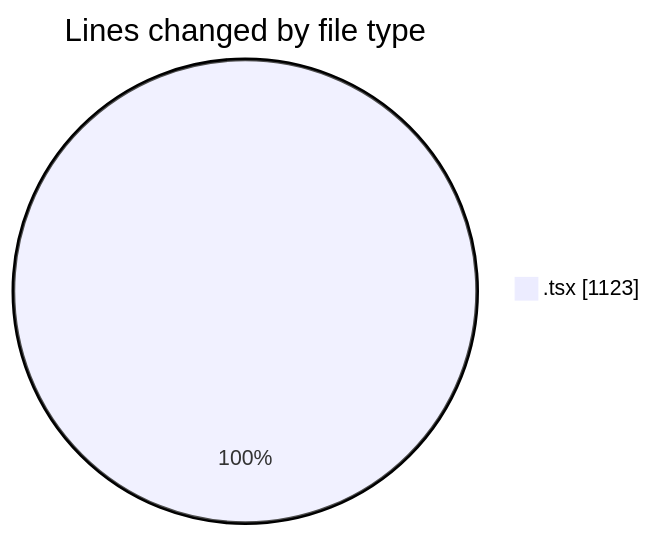
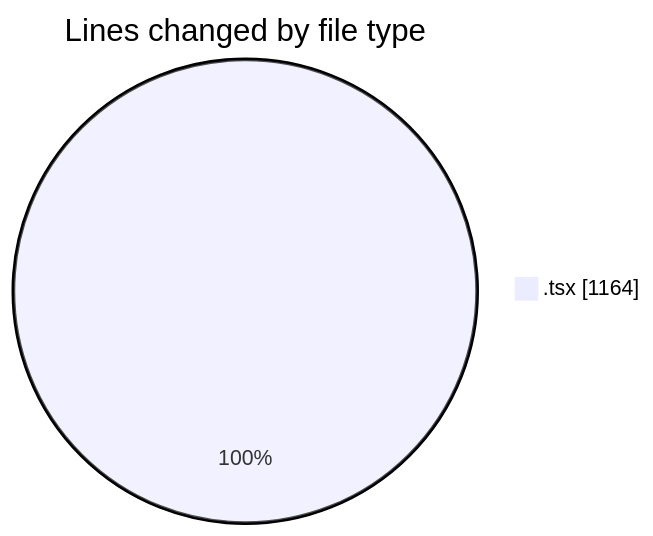
One commit to Elitesun/code-tracking changed the first of 2 diagrams in 2025-05-07/niten/README.md. Above: the diagram before and after it, drawn with Mermaid. The commit also changed other lines of this file and 1 other file, not shown here.

````diff
--- a/2025-05-07/niten/README.md
+++ b/2025-05-07/niten/README.md
@@ -32,5 +33,5 @@
 ```mermaid
 pie showData
 title Lines changed by file type
-".tsx" : 1123
+".tsx" : 1164
 ```
````
